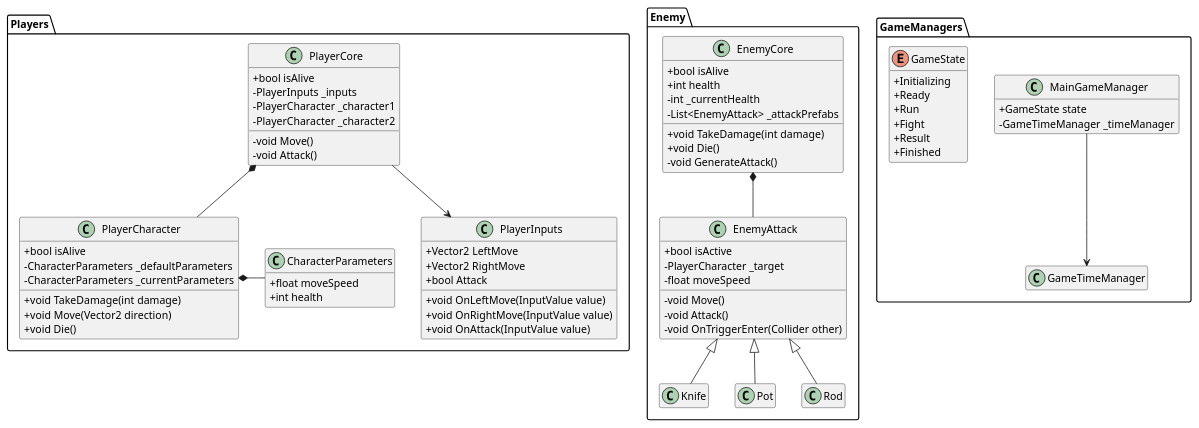
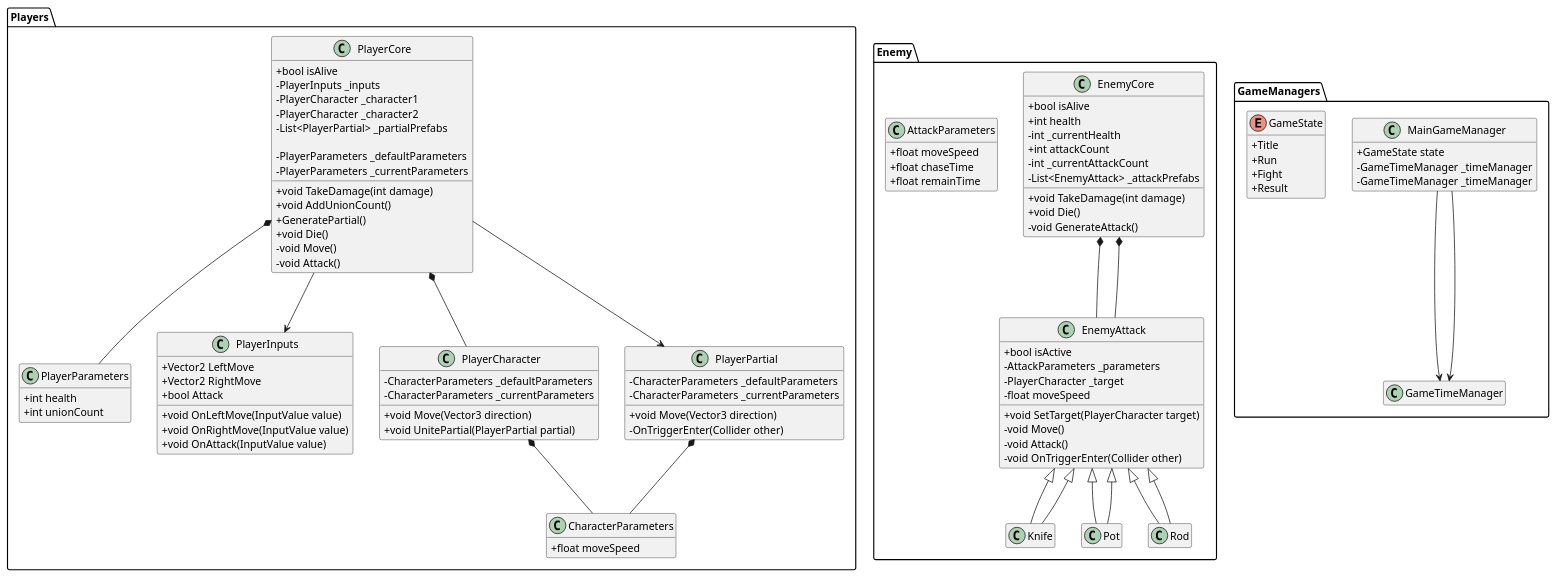
The diagram in UML/class.pu (asterisk-cn/BSGJ-E1), drawn with PlantUML before and after one commit. The commit also changed 1 other file, not shown here.

```diff
--- a/UML/class.pu
+++ b/UML/class.pu
@@ -1,101 +1,146 @@
 @startuml Class
 skinparam classAttributeIconSize 0
 hide empty members
 
 namespace Players {
+    class PlayerParameters{
+        + int health
+        + int unionCount
+    }
+
     class CharacterParameters{
         + float moveSpeed
-        + int health
     }
 
     class PlayerInputs{
         + Vector2 LeftMove
         + Vector2 RightMove
         + bool Attack
 
         + void OnLeftMove(InputValue value)
         + void OnRightMove(InputValue value)
         + void OnAttack(InputValue value)
     }
 
 
     class PlayerCore {
         + bool isAlive
         - PlayerInputs _inputs
         - PlayerCharacter _character1
         - PlayerCharacter _character2
+        - List<PlayerPartial> _partialPrefabs
 
+        - PlayerParameters _defaultParameters
+        - PlayerParameters _currentParameters
+
+        + void TakeDamage(int damage)
+        + void AddUnionCount()
+        + GeneratePartial()
+        + void Die()
         - void Move()
         - void Attack()
     }
 
     PlayerCore --> PlayerInputs
+    PlayerCore *-- PlayerParameters
 
     class PlayerCharacter {
-        + bool isAlive
         - CharacterParameters _defaultParameters
         - CharacterParameters _currentParameters
 
-        + void TakeDamage(int damage)
-        + void Move(Vector2 direction)
-        + void Die()
+        + void Move(Vector3 direction)
+        + void UnitePartial(PlayerPartial partial)
     }
 
-    PlayerCharacter *- CharacterParameters
     PlayerCore *-- PlayerCharacter
+    PlayerCharacter *-- CharacterParameters
+
+    class PlayerPartial {
+        - CharacterParameters _defaultParameters
+        - CharacterParameters _currentParameters
+
+        + void Move(Vector3 direction)
+        - OnTriggerEnter(Collider other)
+    }
+
+    PlayerCore --> PlayerPartial
+    PlayerPartial *-- CharacterParameters
 }
 
 namespace Enemy {
     class EnemyCore {
         + bool isAlive
         + int health
         - int _currentHealth
+        + int attackCount
+        - int _currentAttackCount
         - List<EnemyAttack> _attackPrefabs
 
         + void TakeDamage(int damage)
         + void Die()
         - void GenerateAttack()
     }
 
+    class AttackParameters {
+        + float moveSpeed
+        + float chaseTime
+        + float remainTime
+    }
+
     class EnemyAttack {
         + bool isActive
+        - AttackParameters _parameters
         - PlayerCharacter _target
         - float moveSpeed
 
+        + void SetTarget(PlayerCharacter target)
         - void Move()
         - void Attack()
         - void OnTriggerEnter(Collider other)
     }
+
+    EnemyCore *-- EnemyAttack
+
+    class Knife
+    class Pot
+    Class Rod
+
+    EnemyAttack <|-- Knife
+    EnemyAttack <|-- Pot
+    EnemyAttack <|-- Rod
 
     EnemyCore *-- EnemyAttack
 
     class Knife
     class Pot
     Class Rod
 
     EnemyAttack <|-- Knife
     EnemyAttack <|-- Pot
     EnemyAttack <|-- Rod
 }
 
 namespace GameManagers {
     class MainGameManager {
         + GameState state
         - GameTimeManager _timeManager
+        - GameTimeManager _timeManager
     }
 
     enum GameState{
-        + Initializing
-        + Ready
+        + Title
         + Run
         + Fight
         + Result
-        + Finished
     }
+
+    class GameTimeManager
+
+    MainGameManager --> GameTimeManager
 
     class GameTimeManager
 
     MainGameManager --> GameTimeManager
 }
 
 @enduml
```
